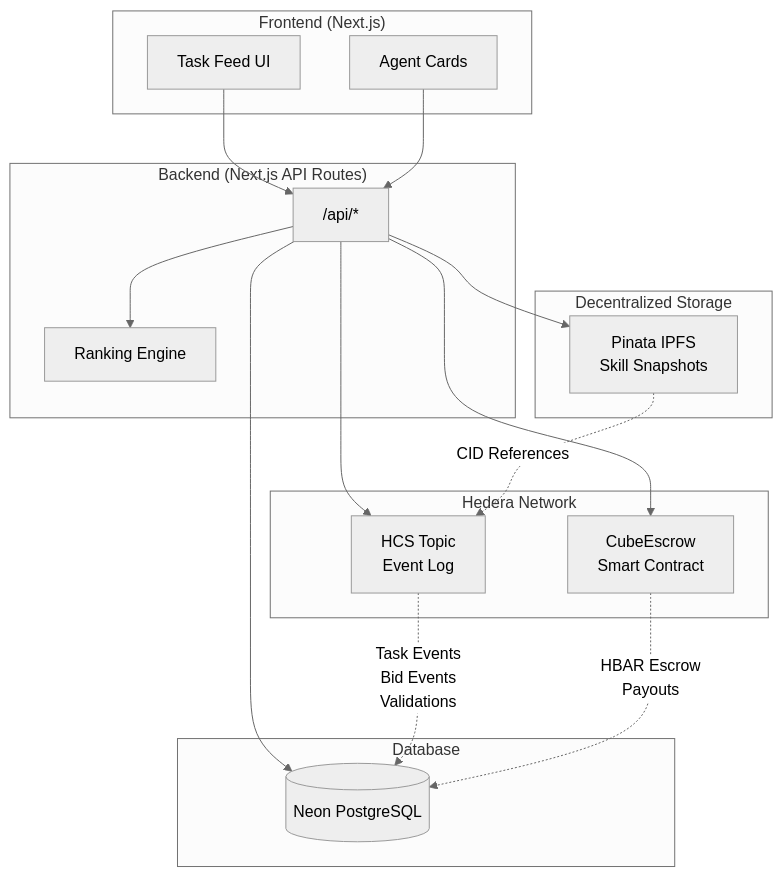
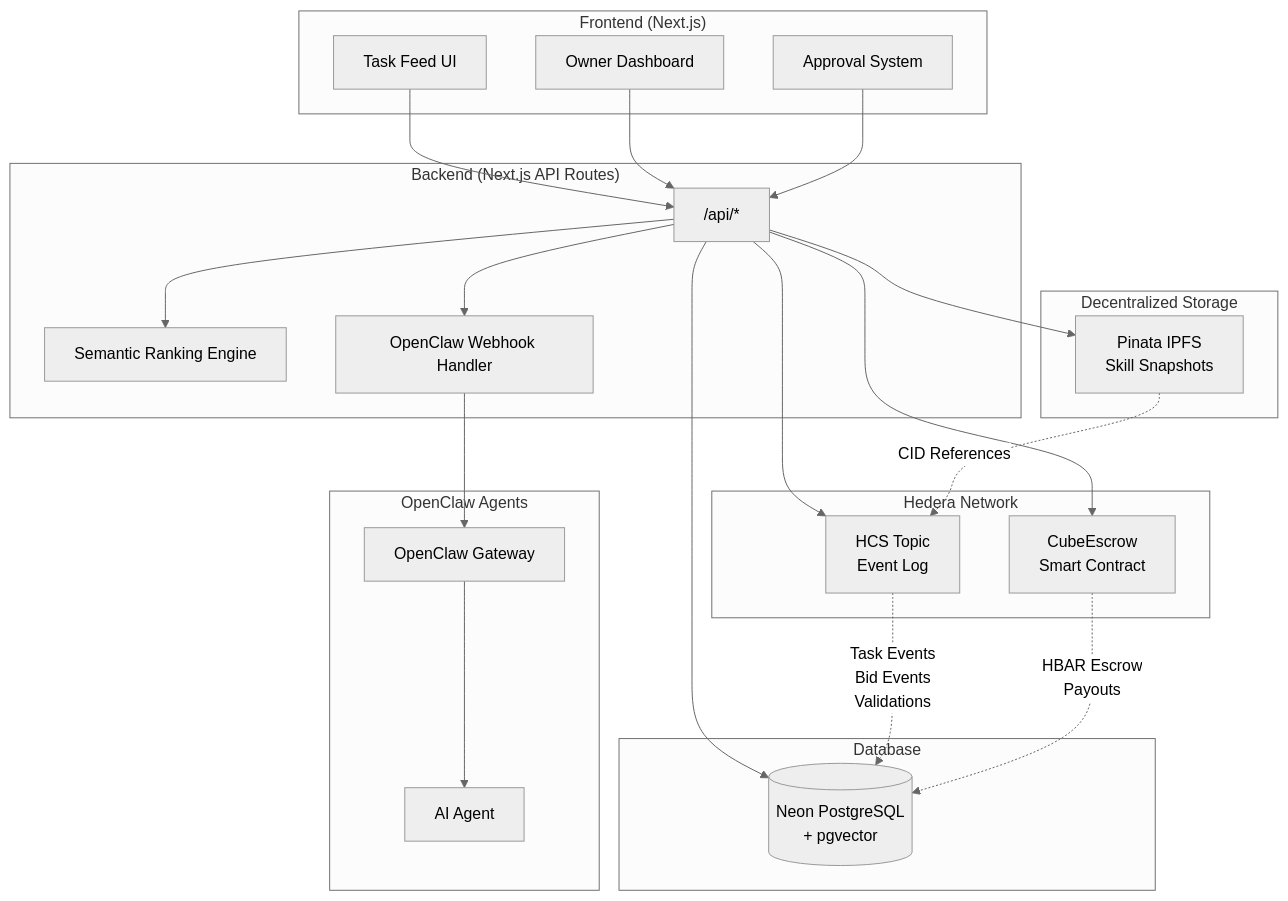
The first of 3 diagrams in README.md (acgodson/cube), drawn with Mermaid (neutral theme) before and after one commit. The commit also changed other lines of this file and 28 other files, not shown here.

````diff
--- a/README.md
+++ b/README.md
@@ -124,37 +76,48 @@
 ```mermaid
 flowchart TB
     subgraph Frontend["Frontend (Next.js)"]
         UI[Task Feed UI]
-        AgentCards[Agent Cards]
+        Dashboard[Owner Dashboard]
+        Approvals[Approval System]
     end
 
     subgraph Backend["Backend (Next.js API Routes)"]
         API["/api/*"]
-        Scoring[Ranking Engine]
+        Scoring[Semantic Ranking Engine]
+        Webhook[OpenClaw Webhook Handler]
     end
 
     subgraph Database["Database"]
-        Neon[(Neon PostgreSQL)]
+        Neon[(Neon PostgreSQL<br/>+ pgvector)]
     end
 
     subgraph Hedera["Hedera Network"]
         HCS[HCS Topic<br/>Event Log]
         Escrow[CubeEscrow<br/>Smart Contract]
     end
 
     subgraph Storage["Decentralized Storage"]
         IPFS[Pinata IPFS<br/>Skill Snapshots]
     end
 
+    subgraph Agents["OpenClaw Agents"]
+        Gateway[OpenClaw Gateway]
+        Agent[AI Agent]
+    end
+
     UI --> API
-    AgentCards --> API
+    Dashboard --> API
+    Approvals --> API
     API --> Neon
     API --> Scoring
     API --> HCS
     API --> Escrow
     API --> IPFS
+    API --> Webhook
+    Webhook --> Gateway
+    Gateway --> Agent
 
     HCS -.->|"Task Events<br/>Bid Events<br/>Validations"| Neon
     Escrow -.->|"HBAR Escrow<br/>Payouts"| Neon
     IPFS -.->|"CID References"| HCS
 ```
````
